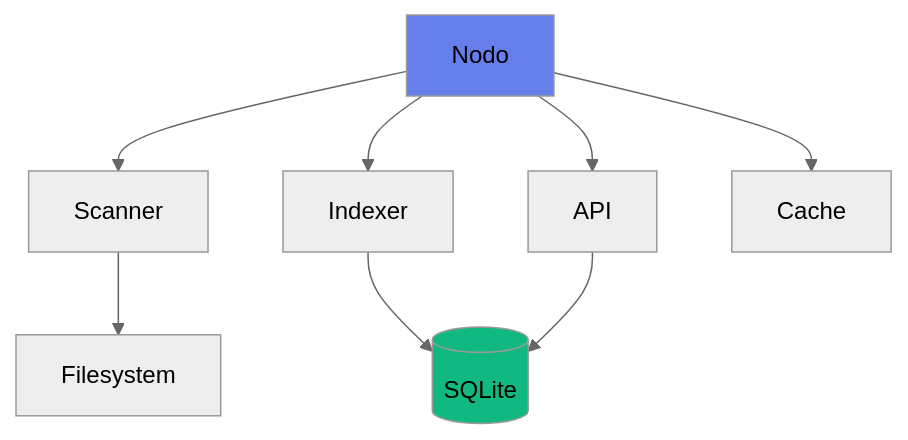
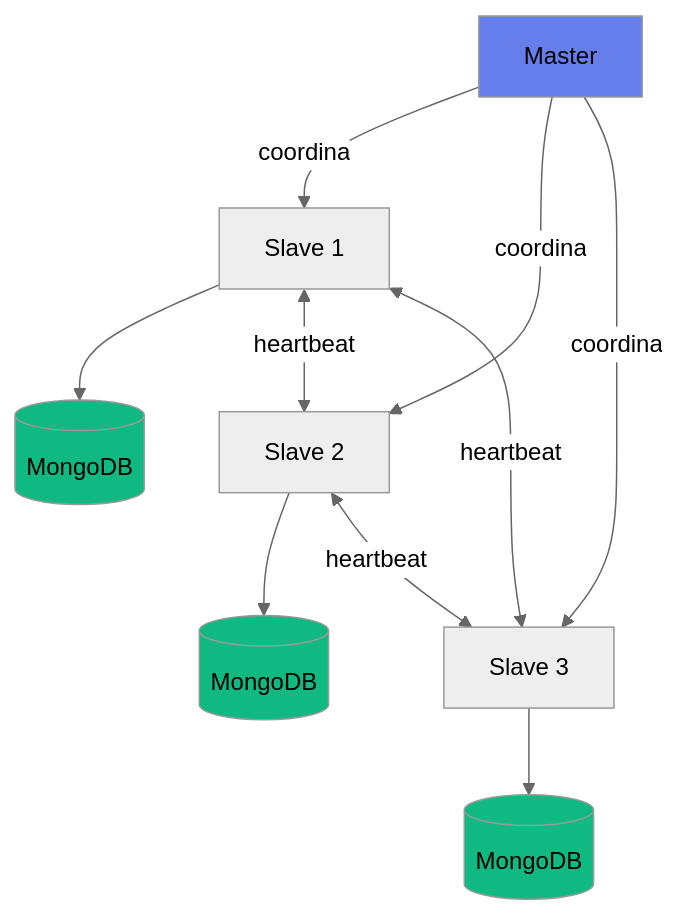
The first of 2 diagrams in docs/caracteristicas.md (Pol4720/DistriSearch), drawn with Mermaid (neutral theme) before and after one commit. The commit also changed other lines of this file and 59 other files, not shown here.

````diff
--- a/docs/caracteristicas.md
+++ b/docs/caracteristicas.md
@@ -96,15 +96,20 @@
 ```mermaid
 graph TD
-    N[Nodo]
-    N --> S[Scanner]
-    N --> I[Indexer]
-    N --> A[API]
-    N --> C[Cache]
+    M[Master]
+    M --> |coordina| S1[Slave 1]
+    M --> |coordina| S2[Slave 2]
+    M --> |coordina| S3[Slave 3]
     
-    S --> F[Filesystem]
-    I --> DB[(SQLite)]
-    A --> DB
+    S1 --> DB1[(MongoDB)]
+    S2 --> DB2[(MongoDB)]
+    S3 --> DB3[(MongoDB)]
     
-    style N fill:#667eea
-    style DB fill:#10b981
+    S1 <--> |heartbeat| S2
+    S2 <--> |heartbeat| S3
+    S1 <--> |heartbeat| S3
+    
+    style M fill:#667eea
+    style DB1 fill:#10b981
+    style DB2 fill:#10b981
+    style DB3 fill:#10b981
 ```
````
